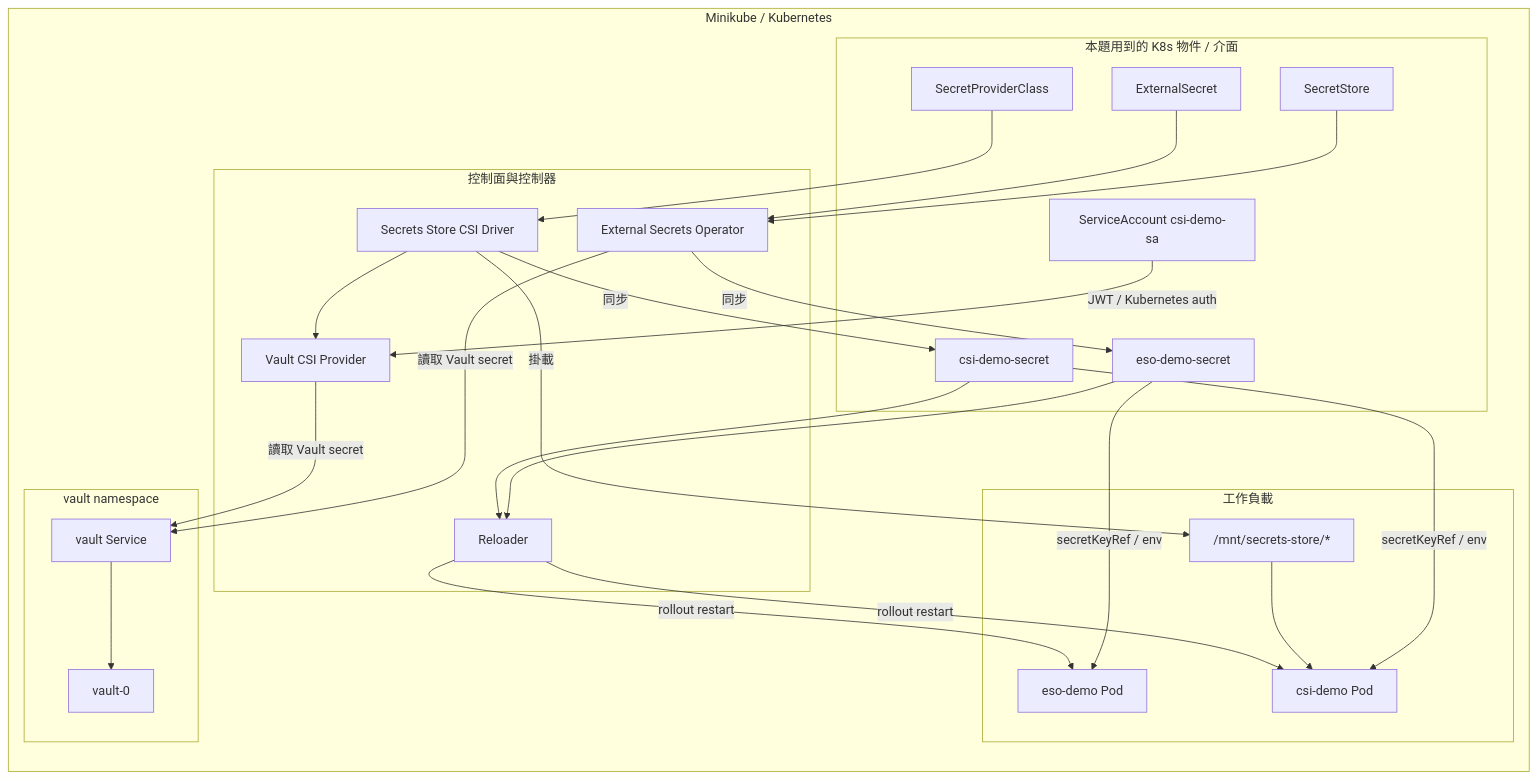
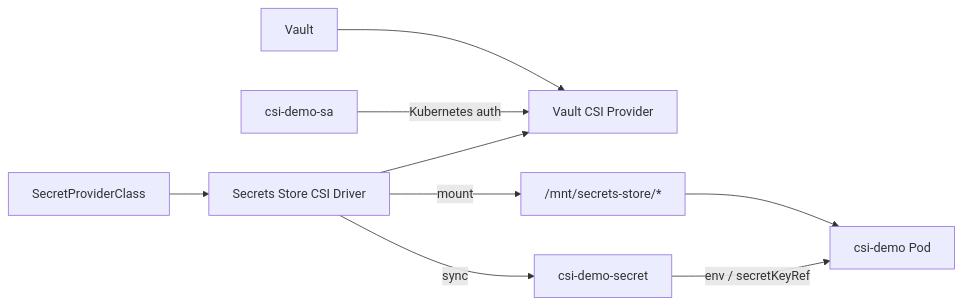
One commit to Wells-Huang/Kubernates-Lessons changed the fourth of 4 diagrams in week3/task11/README.md. Above: the diagram before and after it, drawn with Mermaid. The commit also changed other lines of this file, not shown here.

Commit message:
Refine Vault diagrams in README

````diff
--- a/week3/task11/README.md
+++ b/week3/task11/README.md
@@ -50,52 +85,20 @@
 ```mermaid
 flowchart LR
-    subgraph K8s["Minikube / Kubernetes"]
-        subgraph ControlPlane["控制面與控制器"]
-            ESO["External Secrets Operator"]
-            Reloader["Reloader"]
-            CSIDriver["Secrets Store CSI Driver"]
-            VaultProvider["Vault CSI Provider"]
-        end
+    Vault["Vault"]
+    SA["csi-demo-sa"]
+    SPC["SecretProviderClass"]
+    Driver["Secrets Store CSI Driver"]
+    Provider["Vault CSI Provider"]
+    Mount["/mnt/secrets-store/*"]
+    Secret["csi-demo-secret"]
+    Pod["csi-demo Pod"]
 
-        subgraph APIObjects["本題用到的 K8s 物件 / 介面"]
-            SecretStore["SecretStore"]
-            ExternalSecret["ExternalSecret"]
-            K8sSecret1["eso-demo-secret"]
-            SPC["SecretProviderClass"]
-            K8sSecret2["csi-demo-secret"]
-            SA["ServiceAccount csi-demo-sa"]
-        end
-
-        subgraph Workloads["工作負載"]
-            ESOPod["eso-demo Pod"]
-            CSIPod["csi-demo Pod"]
-            Mount["/mnt/secrets-store/*"]
-        end
-
-        subgraph VaultNS["vault namespace"]
-            VaultSvc["vault Service"]
-            VaultServer["vault-0"]
-        end
-    end
-
-    SecretStore --> ESO
-    ExternalSecret --> ESO
-    ESO -->|讀取 Vault secret| VaultSvc
-    ESO -->|同步| K8sSecret1
-    K8sSecret1 -->|secretKeyRef / env| ESOPod
-
-    SA -->|JWT / Kubernetes auth| VaultProvider
-    SPC --> CSIDriver
-    CSIDriver --> VaultProvider
-    VaultProvider -->|讀取 Vault secret| VaultSvc
-    CSIDriver -->|同步| K8sSecret2
-    CSIDriver -->|掛載| Mount
-    K8sSecret2 -->|secretKeyRef / env| CSIPod
-    Mount --> CSIPod
-
-    K8sSecret1 --> Reloader
-    K8sSecret2 --> Reloader
-    Reloader -->|rollout restart| ESOPod
-    Reloader -->|rollout restart| CSIPod
-    VaultSvc --> VaultServer
+    SA -->|Kubernetes auth| Provider
+    SPC --> Driver
+    Driver --> Provider
+    Vault --> Provider
+    Driver -->|mount| Mount
+    Driver -->|sync| Secret
+    Mount --> Pod
+    Secret -->|env / secretKeyRef| Pod
 ```
````
